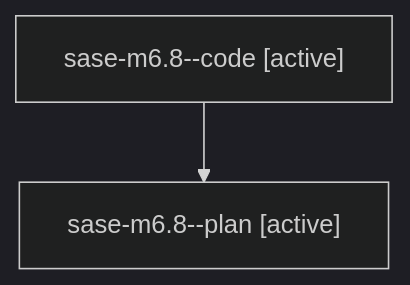
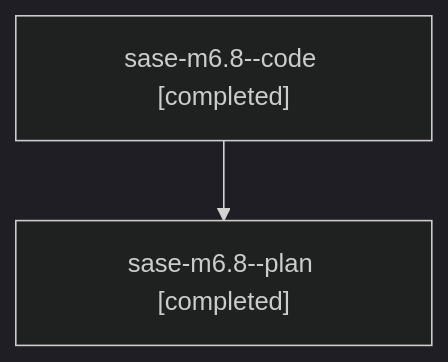
The diagram in families/bbugyi200.athena.sase-m6.8.md (sase-org/sase--agents), drawn with Mermaid (dark theme) before and after one commit. The commit also changed other lines of this file and 86 other files, not shown here.

````diff
--- a/families/bbugyi200.athena.sase-m6.8.md
+++ b/families/bbugyi200.athena.sase-m6.8.md
@@ -9,6 +9,6 @@
 ```mermaid
 flowchart TD
-  n0["sase-m6.8--code [active]"]
-  n1["sase-m6.8--plan [active]"]
+  n0["sase-m6.8--code [completed]"]
+  n1["sase-m6.8--plan [completed]"]
   n0 --> n1
 ```
````
